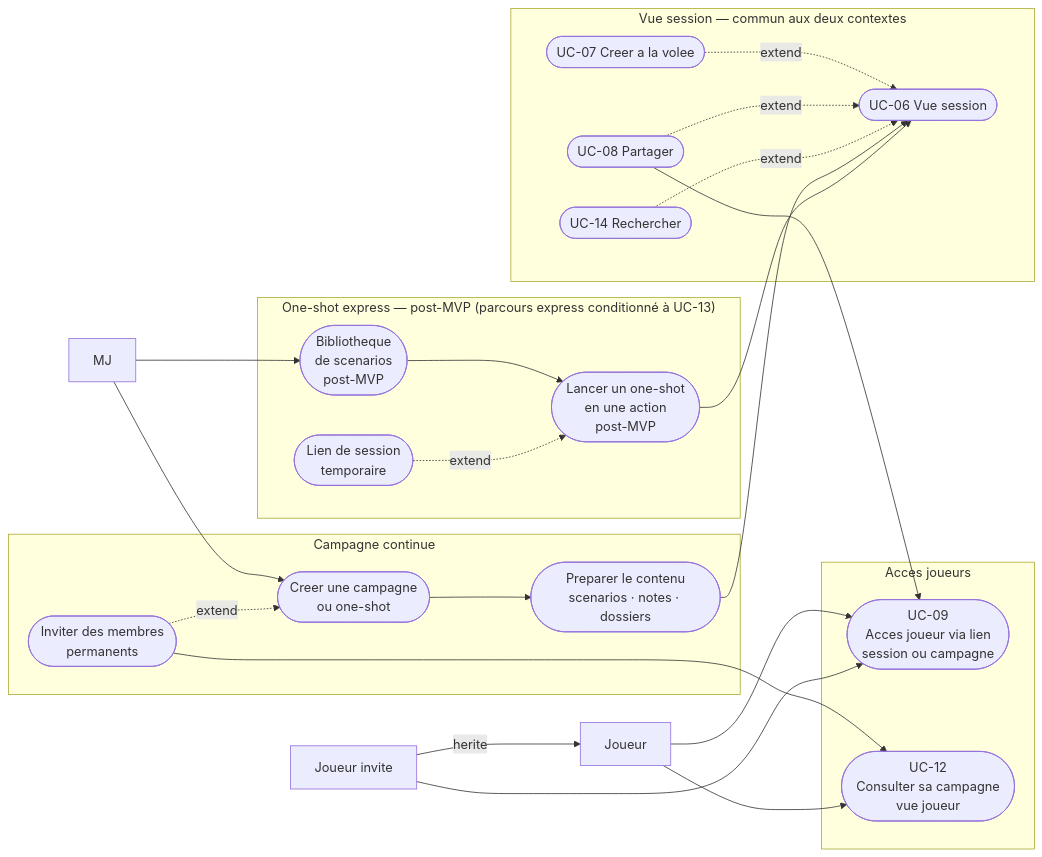
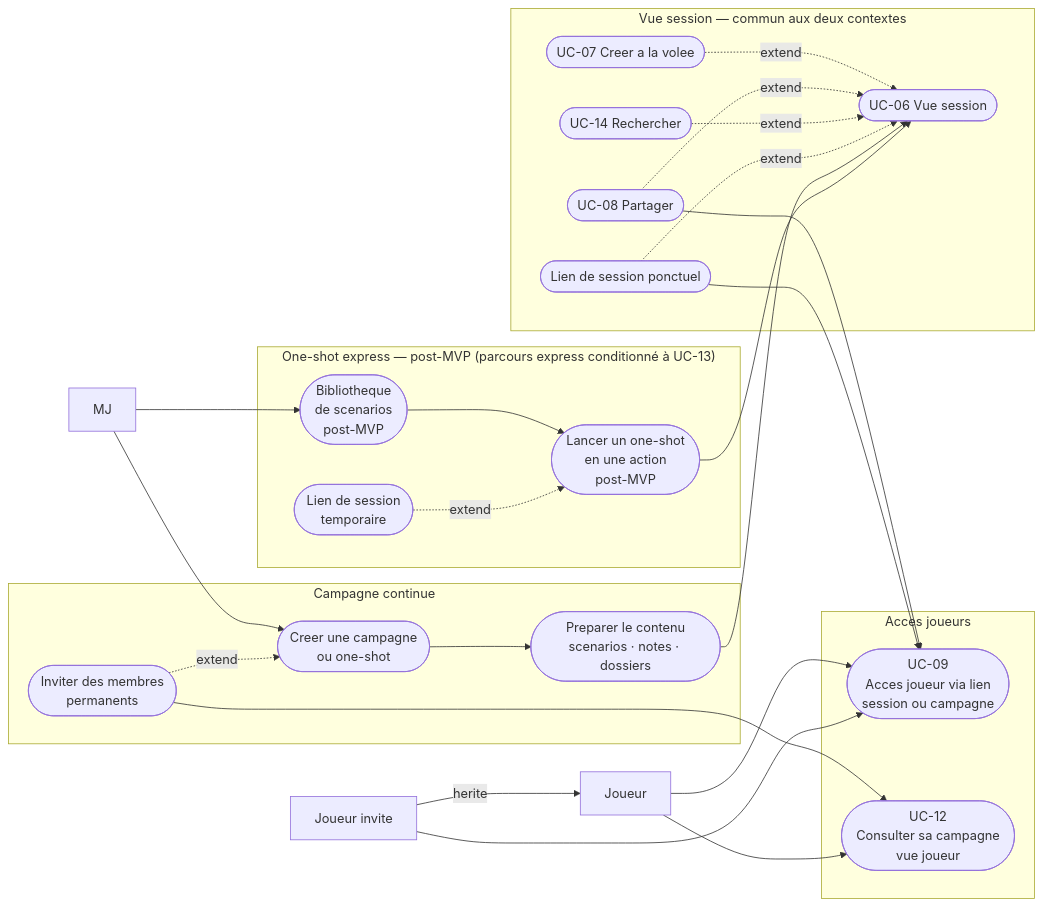
The fifth of 5 diagrams in docs/besoin/cas-d-utilisation/diagrammes.md (2025-10-CDA-ECO-P6/PM-micro-saas), drawn with Mermaid before and after one commit. The commit also changed other lines of this file and 107 other files, not shown here.

````diff
--- a/docs/besoin/cas-d-utilisation/diagrammes.md
+++ b/docs/besoin/cas-d-utilisation/diagrammes.md
@@ -220,45 +221,48 @@
 ```mermaid
 flowchart LR
     MJ["MJ"]
     Joueur["Joueur"]
     JInvite["Joueur invite"]
     JInvite -- herite --> Joueur
 
     subgraph CAMP["Campagne continue"]
         C1(["Creer une campagne\nou one-shot"])
         C2(["Preparer le contenu\nscenarios · notes · dossiers"])
         C3(["Inviter des membres\npermanents"])
     end
     subgraph ONESHOT["One-shot express — post-MVP (parcours express conditionné à UC-13)"]
         O1(["Bibliotheque\nde scenarios\npost-MVP"])
         O2(["Lancer un one-shot\nen une action\npost-MVP"])
         O3(["Lien de session\ntemporaire"])
     end
     subgraph COMMUN["Vue session — commun aux deux contextes"]
         S1(["UC-06 Vue session"])
         S2(["UC-07 Creer a la volee"])
         S3(["UC-08 Partager"])
         S4(["UC-14 Rechercher"])
+        S5(["Lien de session ponctuel"])
         S2 -.->|"extend"| S1
         S3 -.->|"extend"| S1
         S4 -.->|"extend"| S1
+        S5 -.->|"extend"| S1
     end
     subgraph JOUEURS["Acces joueurs"]
         UC09(["UC-09\nAcces joueur via lien\nsession ou campagne"])
         UC12(["UC-12\nConsulter sa campagne\nvue joueur"])
     end
 
     MJ --> C1
     C1 --> C2
     C3 -.->|"extend"| C1
     C2 --> S1
     MJ --> O1
     O1 --> O2
     O3 -.->|"extend"| O2
     O2 --> S1
     S3 --> UC09
+    S5 --> UC09
     C3 --> UC12
     Joueur --> UC09
     Joueur --> UC12
     JInvite --> UC09
 ```
````
